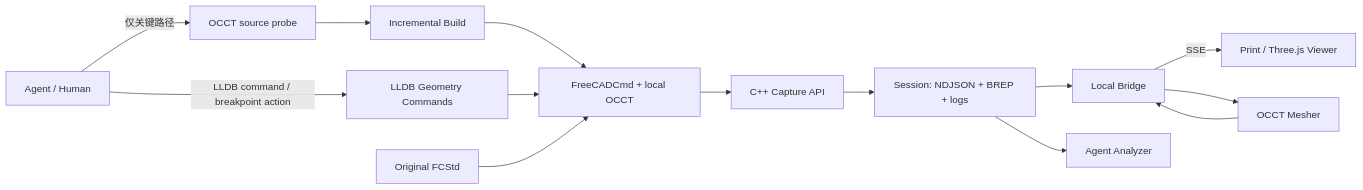
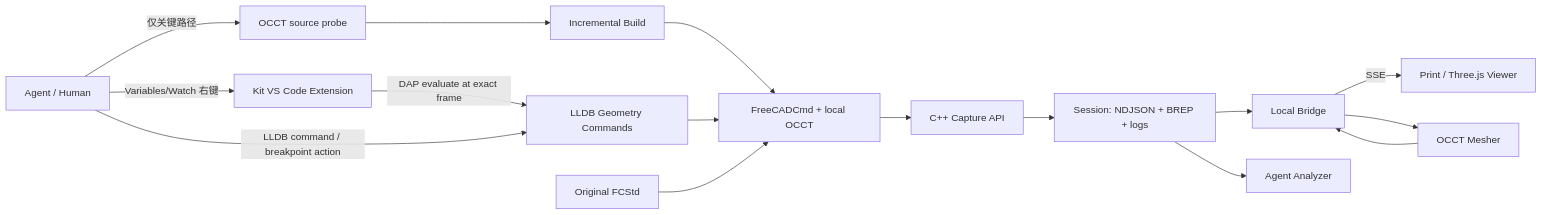
One commit to liyongzheng666/freecad-occt-debug-kit changed the first of 2 diagrams in docs/occ-fillet-debug-agent-architecture.md. Above: the diagram before and after it, drawn with Mermaid. The commit also changed other lines of this file and 3 other files, not shown here.

````diff
--- a/docs/occ-fillet-debug-agent-architecture.md
+++ b/docs/occ-fillet-debug-agent-architecture.md
@@ -153,16 +156,18 @@
 ```mermaid
 flowchart LR
-    A["Agent / Human"] -->|"LLDB command / breakpoint action"| E["LLDB Geometry Commands"]
+    A["Agent / Human"] -->|"Variables/Watch 右键"| V["Kit VS Code Extension"]
+    V -->|"DAP evaluate at exact frame"| E["LLDB Geometry Commands"]
+    A -->|"LLDB command / breakpoint action"| E
     A -->|"仅关键路径"| B["OCCT source probe"]
     B --> C["Incremental Build"]
     C --> D["FreeCADCmd + local OCCT"]
     E --> D
     F["Original FCStd"] --> D
     D --> G["C++ Capture API"]
     G --> H["Session: NDJSON + BREP + logs"]
     H --> I["Local Bridge"]
     I -->|"SSE"| J["Print / Three.js Viewer"]
     H --> K["Agent Analyzer"]
     L["OCCT Mesher"] --> I
     I --> L
 ```
````
